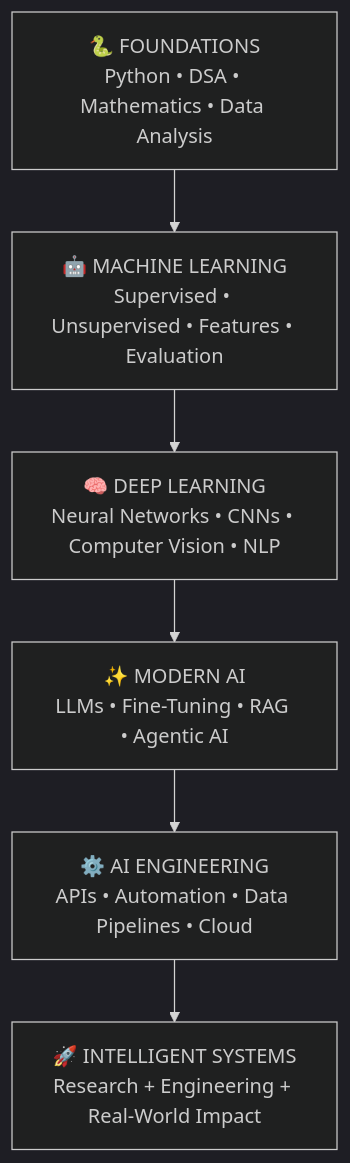
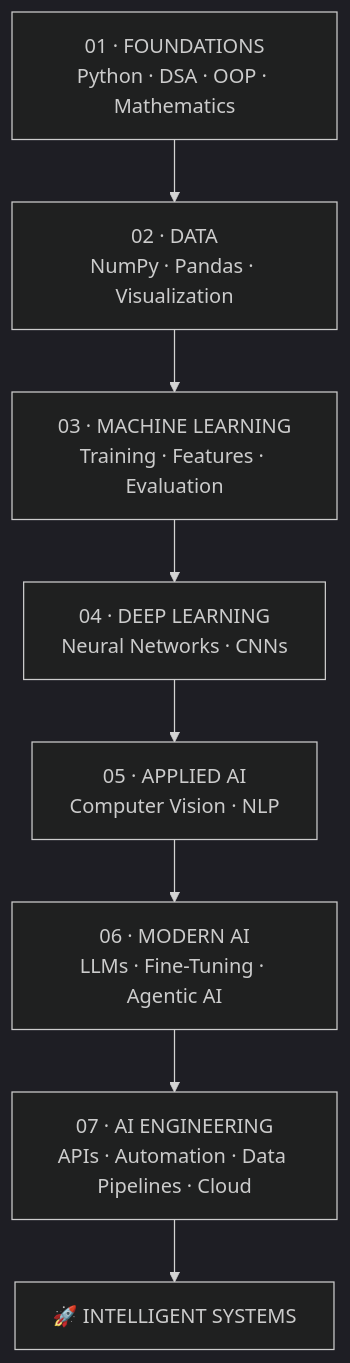
One commit to Muhammad-Riyan1/Muhammad-Riyan1 changed the fifth of 6 diagrams in README.md. Above: the diagram before and after it, drawn with Mermaid (dark theme). The commit also changed other lines of this file, not shown here.

````diff
--- a/README.md
+++ b/README.md
@@ -338,20 +335,19 @@
 ```mermaid
-flowchart TD
-    A["🐍 FOUNDATIONS<br/>Python • DSA • Mathematics • Data Analysis"]
+flowchart TB
 
-    B["🤖 MACHINE LEARNING<br/>Supervised • Unsupervised • Features • Evaluation"]
+    FOUNDATION["01 · FOUNDATIONS<br/>Python · DSA · OOP · Mathematics"]
 
-    C["🧠 DEEP LEARNING<br/>Neural Networks • CNNs • Computer Vision • NLP"]
+    FOUNDATION --> DATA["02 · DATA<br/>NumPy · Pandas · Visualization"]
 
-    D["✨ MODERN AI<br/>LLMs • Fine-Tuning • RAG • Agentic AI"]
+    DATA --> ML["03 · MACHINE LEARNING<br/>Training · Features · Evaluation"]
 
-    E["⚙️ AI ENGINEERING<br/>APIs • Automation • Data Pipelines • Cloud"]
+    ML --> DL["04 · DEEP LEARNING<br/>Neural Networks · CNNs"]
 
-    F["🚀 INTELLIGENT SYSTEMS<br/>Research + Engineering + Real-World Impact"]
+    DL --> APPLIED["05 · APPLIED AI<br/>Computer Vision · NLP"]
 
-    A --> B
-    B --> C
-    C --> D
-    D --> E
-    E --> F
+    APPLIED --> MODERN["06 · MODERN AI<br/>LLMs · Fine-Tuning · Agentic AI"]
+
+    MODERN --> ENG["07 · AI ENGINEERING<br/>APIs · Automation · Data Pipelines · Cloud"]
+
+    ENG --> SYSTEM["🚀 INTELLIGENT SYSTEMS"]
 ```
````
